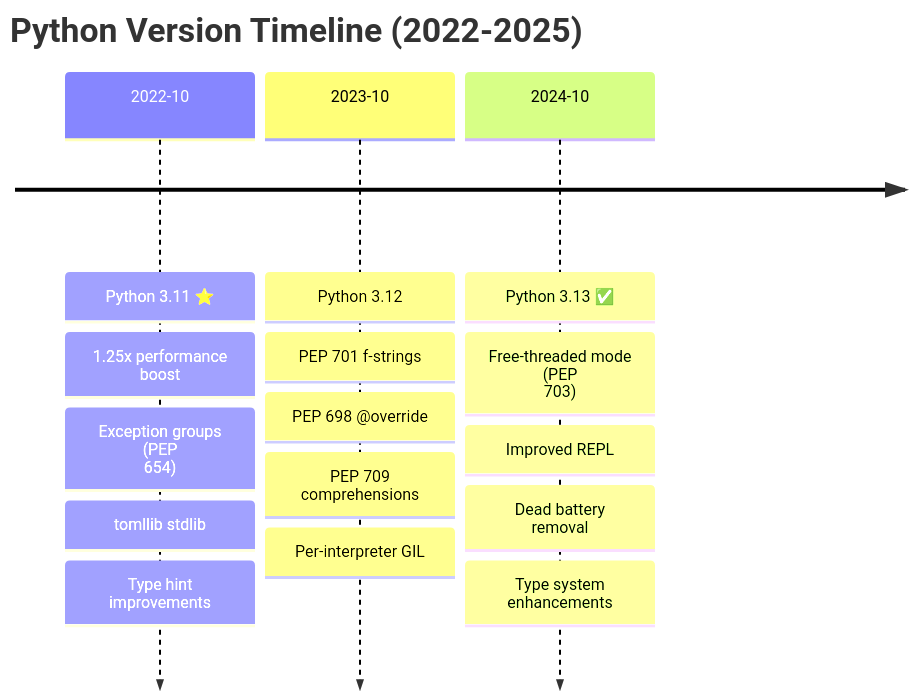
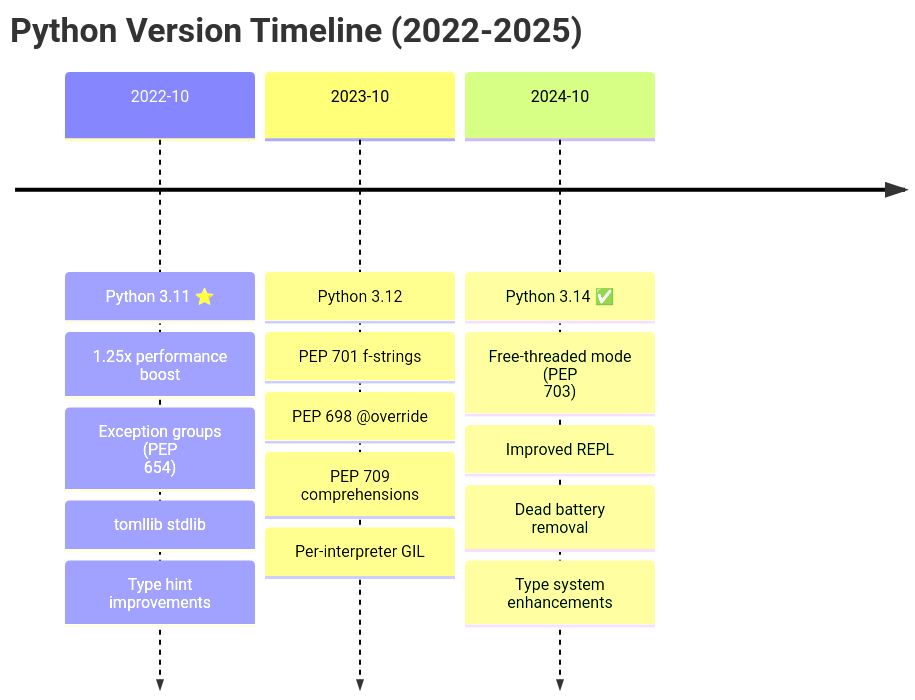
Before and after one commit to wahidyankf/open-sharia-enterprise: the diagram in docs/explanation/software/stack-lang/python/README.md, drawn with Mermaid. The commit also changed other lines of this file and 92 other files, not shown here.

````diff
--- a/docs/explanation/software/stack-lang/python/README.md
+++ b/docs/explanation/software/stack-lang/python/README.md
@@ -76,20 +76,20 @@
 ```mermaid
 %% Color Palette: Blue #0173B2, Orange #DE8F05, Teal #029E73, Purple #CC78BC, Brown #CA9161
 timeline
     title Python Version Timeline (2022-2025)
     2022-10 : Python 3.11 ⭐
             : 1.25x performance boost
             : Exception groups #40;PEP 654#41;
             : tomllib stdlib
             : Type hint improvements
     2023-10 : Python 3.12
             : PEP 701 f-strings
             : PEP 698 @override
             : PEP 709 comprehensions
             : Per-interpreter GIL
-    2024-10 : Python 3.13 ✅
+    2024-10 : Python 3.14 ✅
             : Free-threaded mode #40;PEP 703#41;
             : Improved REPL
             : Dead battery removal
             : Type system enhancements
 ```
````
